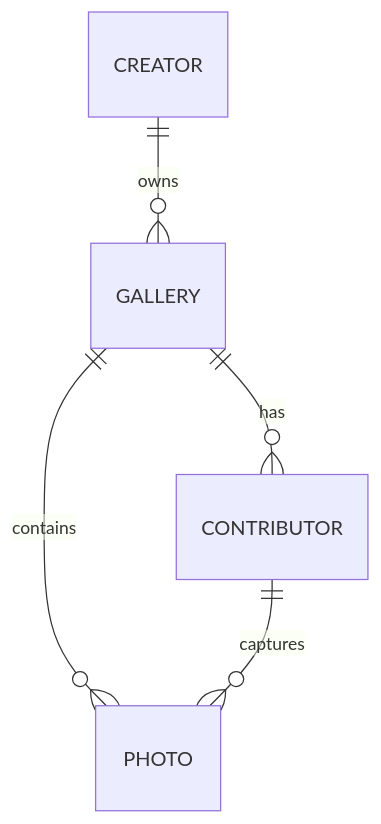
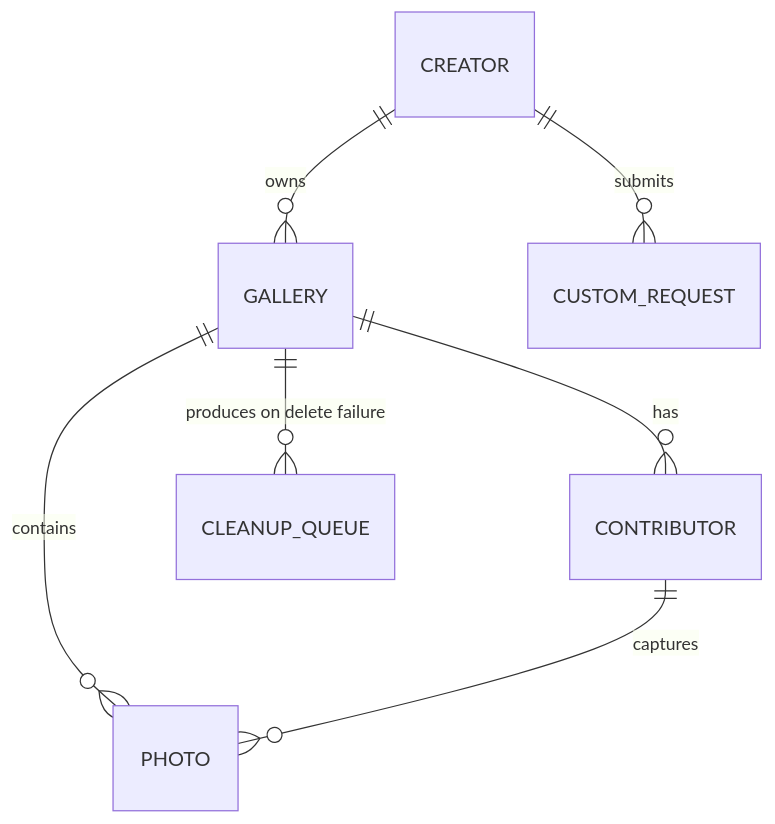
Before and after one commit to randiln/later: the second of 4 diagrams in ARCHITECTURE.md, drawn with Mermaid. The commit also changed other lines of this file, not shown here.

Commit message:
docs: update technical architecture to reflect current codebase

````diff
--- a/ARCHITECTURE.md
+++ b/ARCHITECTURE.md
@@ -45,7 +59,9 @@
 ```mermaid
 erDiagram
     CREATOR ||--o{ GALLERY : "owns"
     GALLERY ||--o{ CONTRIBUTOR : "has"
     GALLERY ||--o{ PHOTO : "contains"
     CONTRIBUTOR ||--o{ PHOTO : "captures"
+    CREATOR ||--o{ CUSTOM_REQUEST : "submits"
+    GALLERY ||--o{ CLEANUP_QUEUE : "produces on delete failure"
 ```
````
